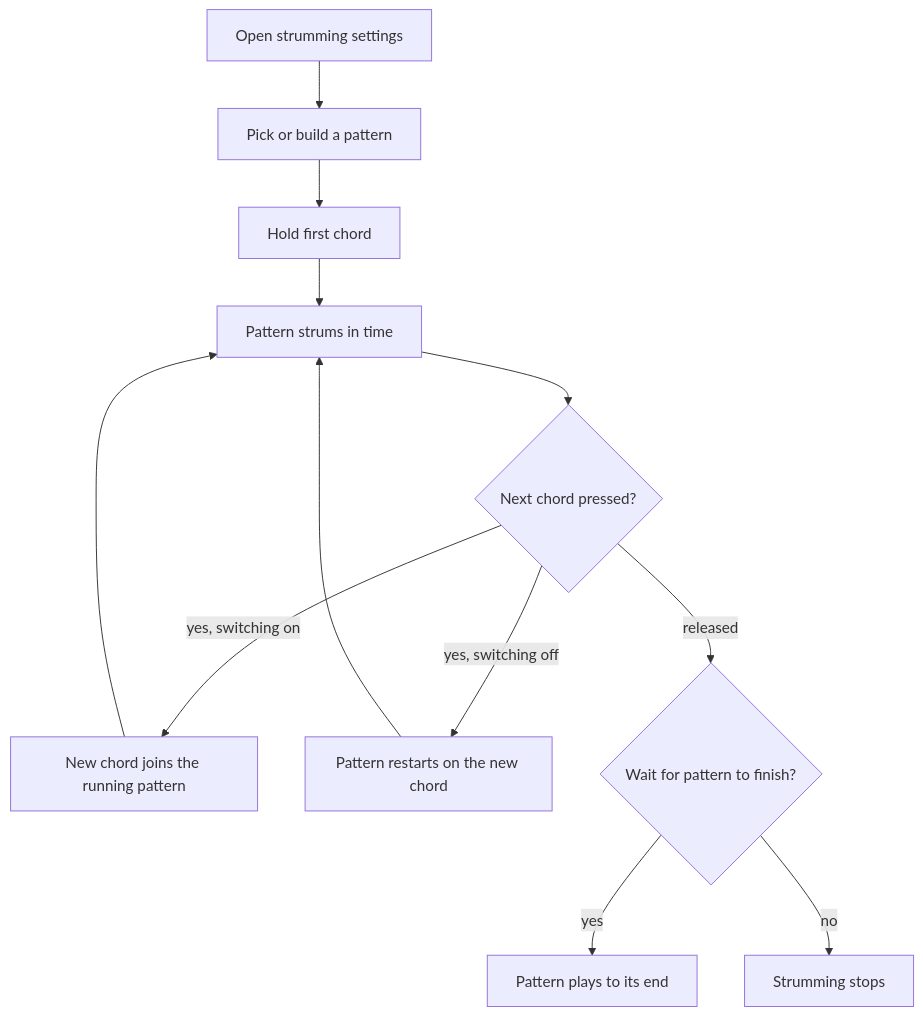
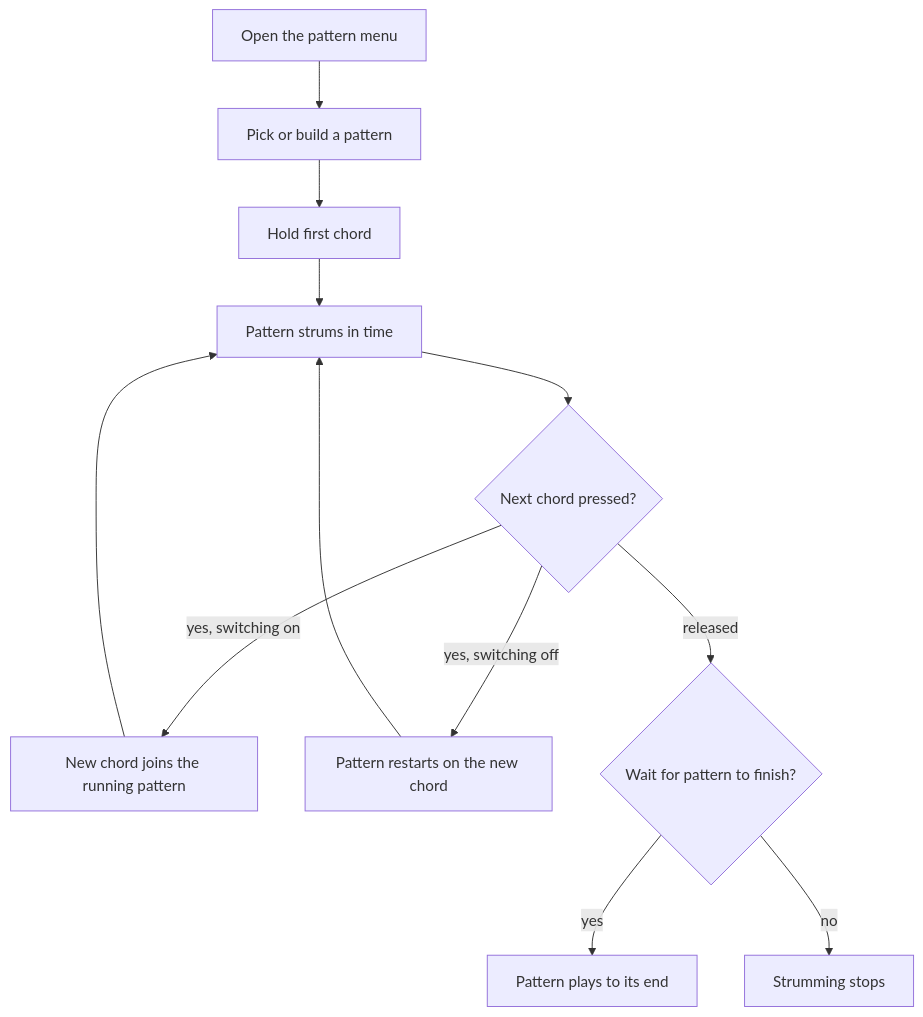
One commit to oleg-chibikov/guitar-upscale changed the third of 9 diagrams in docs/user-flows.md. Above: the diagram before and after it, drawn with Mermaid. The commit also changed other lines of this file and 12 other files, not shown here.

First line of the commit message:
Add a strumming pattern button to the control panel

````diff
--- a/docs/user-flows.md
+++ b/docs/user-flows.md
@@ -50,14 +50,14 @@
 ```mermaid
 flowchart TD
-  A[Open strumming settings] --> B[Pick or build a pattern]
+  A[Open the pattern menu] --> B[Pick or build a pattern]
   B --> C[Hold first chord]
   C --> D[Pattern strums in time]
   D --> E{Next chord pressed?}
   E -- yes, switching on --> F[New chord joins the running pattern]
   E -- yes, switching off --> G[Pattern restarts on the new chord]
   E -- released --> H{Wait for pattern to finish?}
   H -- yes --> I[Pattern plays to its end]
   H -- no --> J[Strumming stops]
   F --> D
   G --> D
 ```
````
